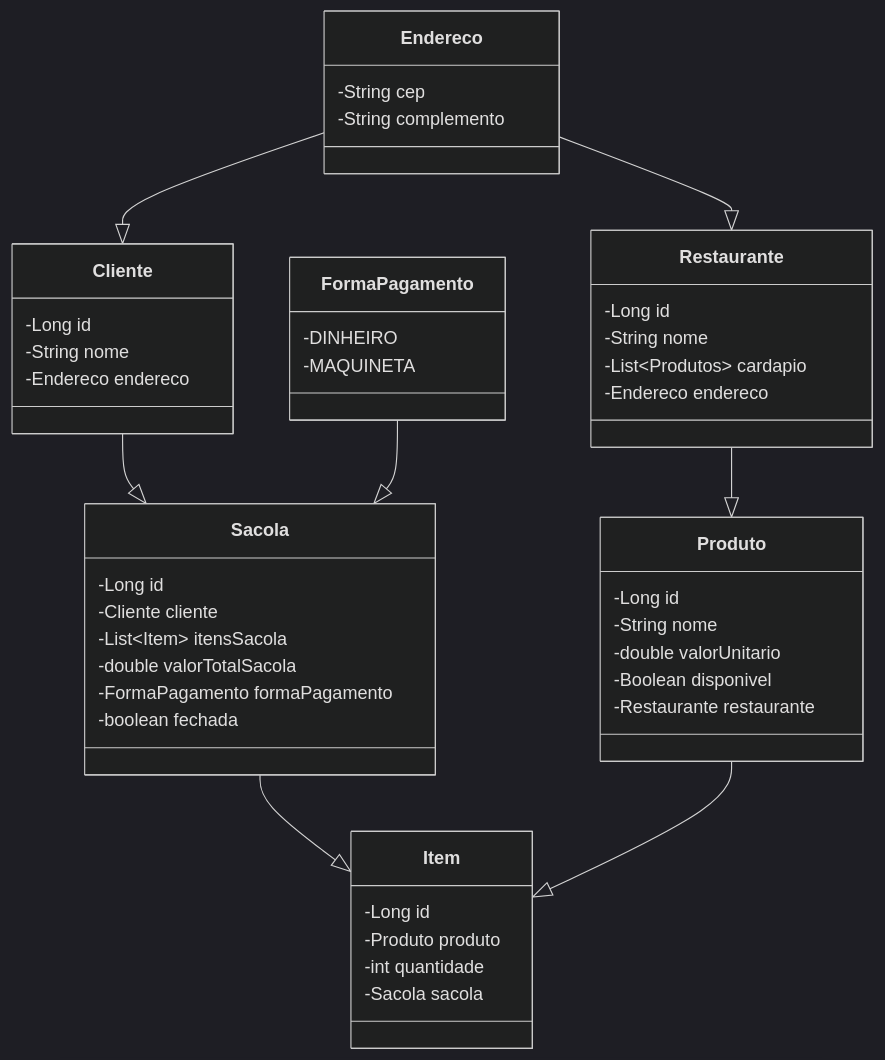
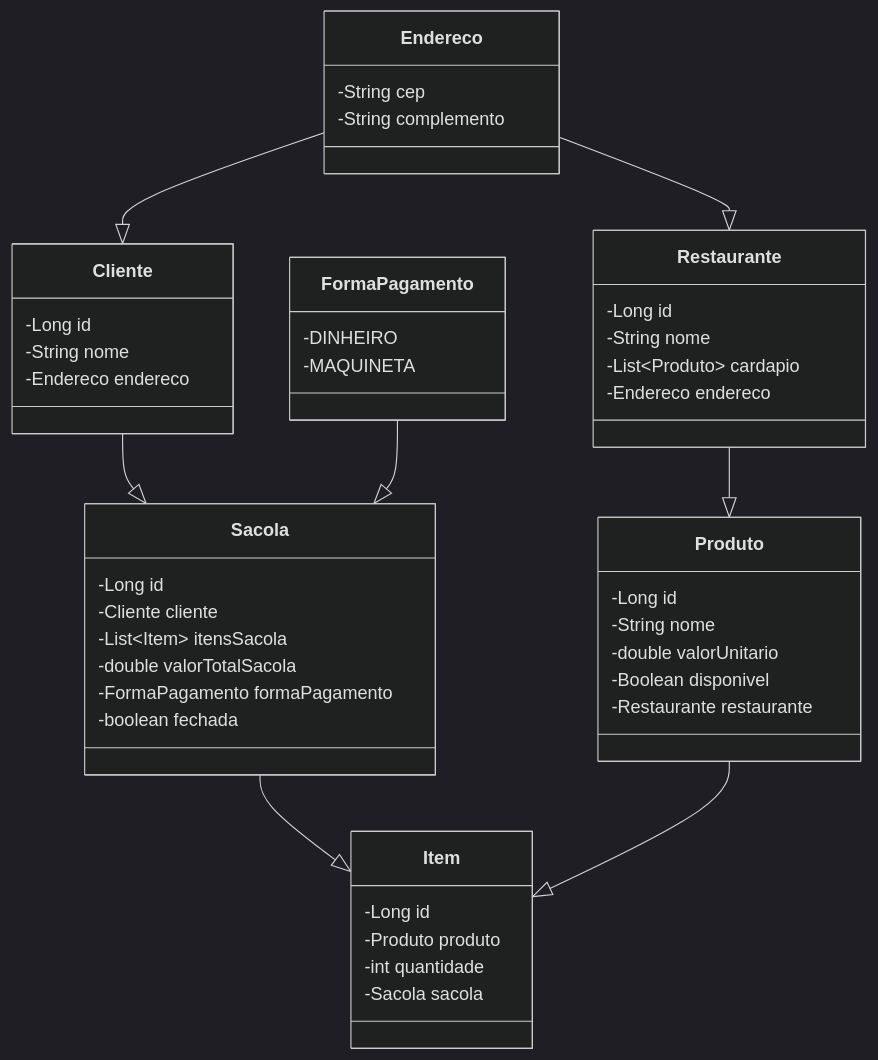
The diagram in README.md (tfalc/Shop-Cart-API), drawn with Mermaid (dark theme) before and after one commit.

````diff
--- a/README.md
+++ b/README.md
@@ -25,43 +25,43 @@
 ```mermaid
 classDiagram
 Cliente --|> Sacola
 Cliente : -Long id
 Cliente : -String nome
 Cliente : -Endereco endereco
 
 Sacola : -Long id
 Sacola : -Cliente cliente
 Sacola : -List~Item~ itensSacola
 Sacola : -double valorTotalSacola
 Sacola : -FormaPagamento formaPagamento
 Sacola : -boolean fechada
 
 Endereco --|> Cliente
 Endereco : -String cep
 Endereco : -String complemento
 
 FormaPagamento --|> Sacola
 FormaPagamento : -DINHEIRO
 FormaPagamento : -MAQUINETA
 
 Endereco --|> Restaurante
 Restaurante --|> Produto
 Restaurante : -Long id
 Restaurante : -String nome
-Restaurante : -List~Produtos~ cardapio
+Restaurante : -List~Produto~ cardapio
 Restaurante : -Endereco endereco
 
 Sacola --|> Item
 Produto --|> Item
 Item : -Long id
 Item : -Produto produto
 Item : -int quantidade
 Item : -Sacola sacola
 
 Produto : -Long id
 Produto : -String nome
 Produto : -double valorUnitario
 Produto : -Boolean disponivel
 Produto : -Restaurante restaurante
  
 ```
````
